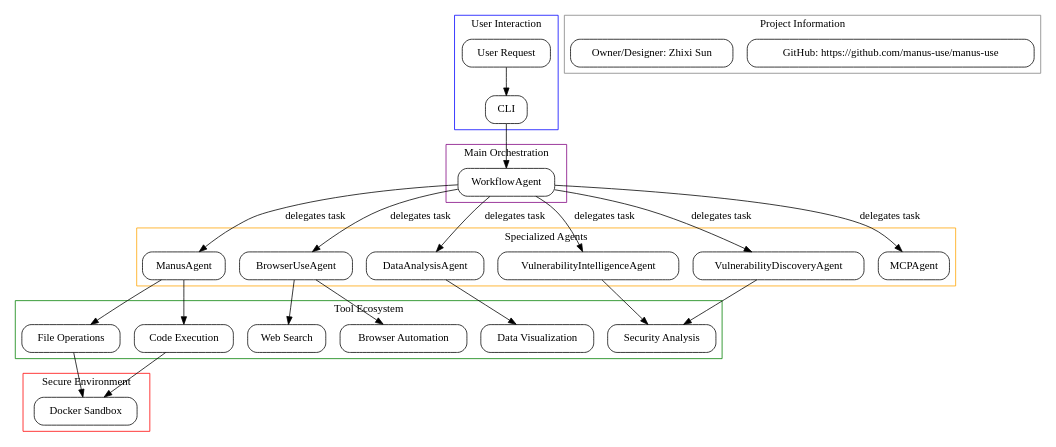
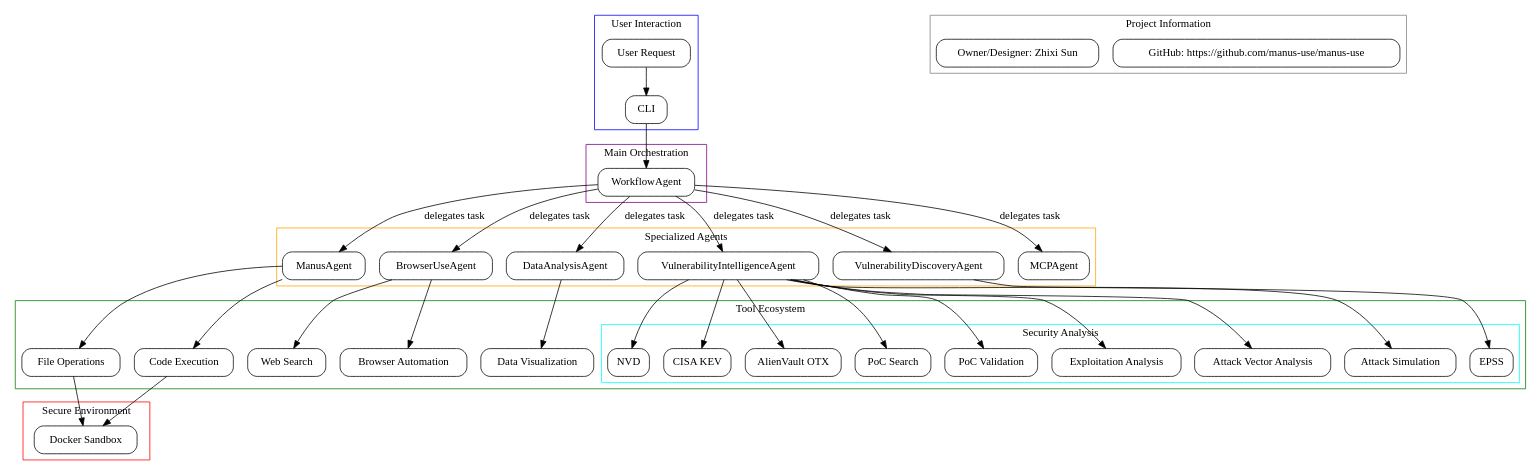
Before and after one commit to manus-use/manus-use: the diagram in workflow.dot, drawn with Graphviz.

Commit message:
docs: Update workflow diagram with advanced security analysis steps
This commit updates the workflow diagram to include a more detailed and comprehensive view of the security agents' capabilities. The "Security Analysis" section now includes advanced steps such as:

- PoC Validation
- Exploitation Analysis
- Attack Vector Analysis
- Attack Simulation

This provides a more accurate representation of the security features described in the project's documentation.

```diff
--- a/workflow.dot
+++ b/workflow.dot
@@ -1,72 +1,92 @@
 digraph G {
   rankdir=TB;
   node [shape=box, style=rounded];
 
   subgraph cluster_user {
     label="User Interaction";
     color=blue;
     user_request [label="User Request"];
     cli [label="CLI"];
     user_request -> cli;
   }
 
   subgraph cluster_main_agent {
     label="Main Orchestration";
     color=purple;
     workflow_agent [label="WorkflowAgent"];
     cli -> workflow_agent;
   }
 
   subgraph cluster_specialized_agents {
     label="Specialized Agents";
     color=orange;
     manus_agent [label="ManusAgent"];
     browser_agent [label="BrowserUseAgent"];
     data_agent [label="DataAnalysisAgent"];
     va_agent [label="VulnerabilityIntelligenceAgent"];
     vd_agent [label="VulnerabilityDiscoveryAgent"];
     mcp_agent [label="MCPAgent"];
   }
 
   subgraph cluster_tools {
     label="Tool Ecosystem";
     color=green;
     file_ops [label="File Operations"];
     code_exec [label="Code Execution"];
     web_search [label="Web Search"];
     browser_automation [label="Browser Automation"];
     data_viz [label="Data Visualization"];
-    security_tools [label="Security Analysis"];
+
+    subgraph cluster_security_tools {
+        label="Security Analysis";
+        color=cyan;
+        nvd [label="NVD"];
+        cisa_kev [label="CISA KEV"];
+        otx [label="AlienVault OTX"];
+        epss [label="EPSS"];
+        poc_search [label="PoC Search"];
+        poc_validation [label="PoC Validation"];
+        exploitation_analysis [label="Exploitation Analysis"];
+        attack_vector_analysis [label="Attack Vector Analysis"];
+        attack_simulation [label="Attack Simulation"];
+    }
   }
 
   workflow_agent -> manus_agent [label="delegates task"];
   workflow_agent -> browser_agent [label="delegates task"];
   workflow_agent -> data_agent [label="delegates task"];
   workflow_agent -> va_agent [label="delegates task"];
   workflow_agent -> vd_agent [label="delegates task"];
   workflow_agent -> mcp_agent [label="delegates task"];
 
   manus_agent -> file_ops;
   manus_agent -> code_exec;
   browser_agent -> browser_automation;
   browser_agent -> web_search;
   data_agent -> data_viz;
-  va_agent -> security_tools;
-  vd_agent -> security_tools;
+  va_agent -> nvd;
+  va_agent -> cisa_kev;
+  va_agent -> otx;
+  va_agent -> poc_search;
+  va_agent -> poc_validation;
+  va_agent -> exploitation_analysis;
+  va_agent -> attack_vector_analysis;
+  va_agent -> attack_simulation;
+  vd_agent -> epss;
 
   file_ops -> sandbox;
   code_exec -> sandbox;
 
   subgraph cluster_sandbox {
     label="Secure Environment";
     color=red;
     sandbox [label="Docker Sandbox"];
   }
 
   subgraph cluster_info {
     label="Project Information";
     color=grey;
     github [label="GitHub: https://github.com/manus-use/manus-use"];
     owner [label="Owner/Designer: Zhixi Sun"];
   }
 }
```
